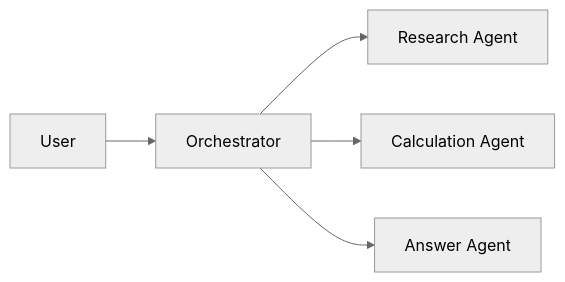
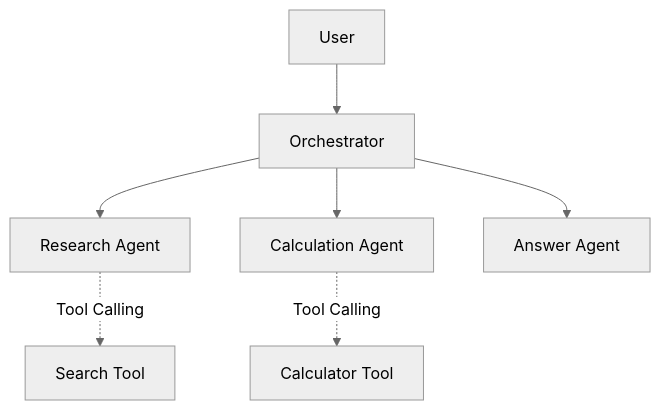
Before and after one commit to ykubota-dev/ai-agent-tutorial: the diagram in README.md, drawn with Mermaid (neutral theme). The commit also changed other lines of this file and 39 other files, not shown here.

````diff
--- a/README.md
+++ b/README.md
@@ -18,7 +29,9 @@
 ```mermaid
-flowchart LR
+flowchart TD
 	User --> Orchestrator
-	Orchestrator --> ResearchAgent["Research Agent"]
-	Orchestrator --> CalculationAgent["Calculation Agent"]
-	Orchestrator --> AnswerAgent["Answer Agent"]
+	Orchestrator --> Research[Research Agent]
+	Orchestrator --> Calculation[Calculation Agent]
+	Orchestrator --> Answer[Answer Agent]
+	Research -. Tool Calling .-> Search[Search Tool]
+	Calculation -. Tool Calling .-> Calculator[Calculator Tool]
 ```
````
